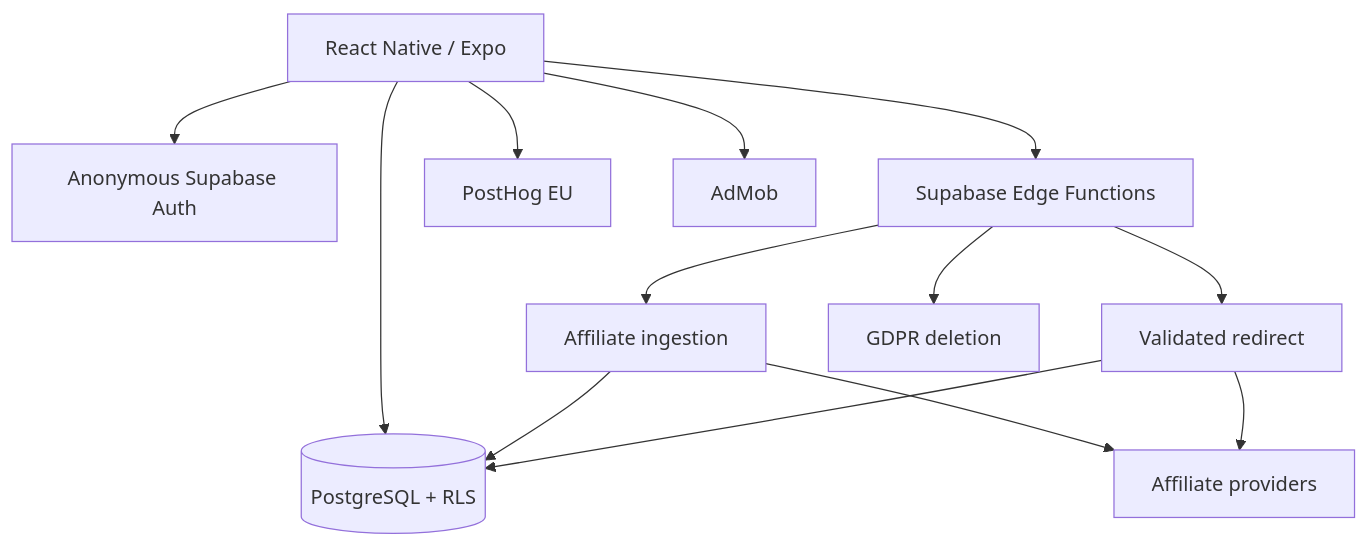
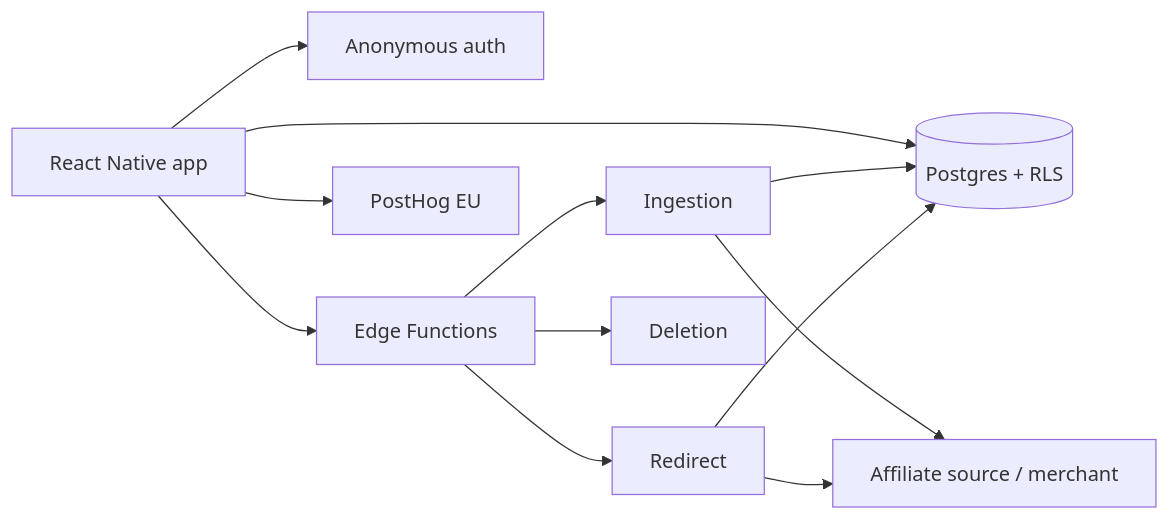
One commit to Dmitriy-DE/dealfeed-showcase changed the diagram in README.md. Above: the diagram before and after it, drawn with Mermaid. The commit also changed other lines of this file, not shown here.

````diff
--- a/README.md
+++ b/README.md
@@ -21,27 +61,25 @@
-```mermaid
-flowchart TB
-    APP[React Native / Expo]
-    AUTH[Anonymous Supabase Auth]
-    PG[(PostgreSQL + RLS)]
-    EDGE[Supabase Edge Functions]
-    INGEST[Affiliate ingestion]
-    REDIRECT[Validated redirect]
-    DELETE[GDPR deletion]
-    ANALYTICS[PostHog EU]
-    ADS[AdMob]
-    AFF[Affiliate providers]
+~~~mermaid
+flowchart LR
+    APP[React Native app]
+    AUTH[Anonymous auth]
+    PG[(Postgres + RLS)]
+    EDGE[Edge Functions]
+    INGEST[Ingestion]
+    GO[Redirect]
+    DEL[Deletion]
+    PH[PostHog EU]
+    AFF[Affiliate source / merchant]
 
     APP --> AUTH
     APP --> PG
     APP --> EDGE
-    APP --> ANALYTICS
-    APP --> ADS
+    APP --> PH
 
     EDGE --> INGEST
-    EDGE --> REDIRECT
-    EDGE --> DELETE
+    EDGE --> GO
+    EDGE --> DEL
     INGEST --> AFF
     INGEST --> PG
-    REDIRECT --> PG
-    REDIRECT --> AFF
-```
+    GO --> PG
+    GO --> AFF
+~~~
````
